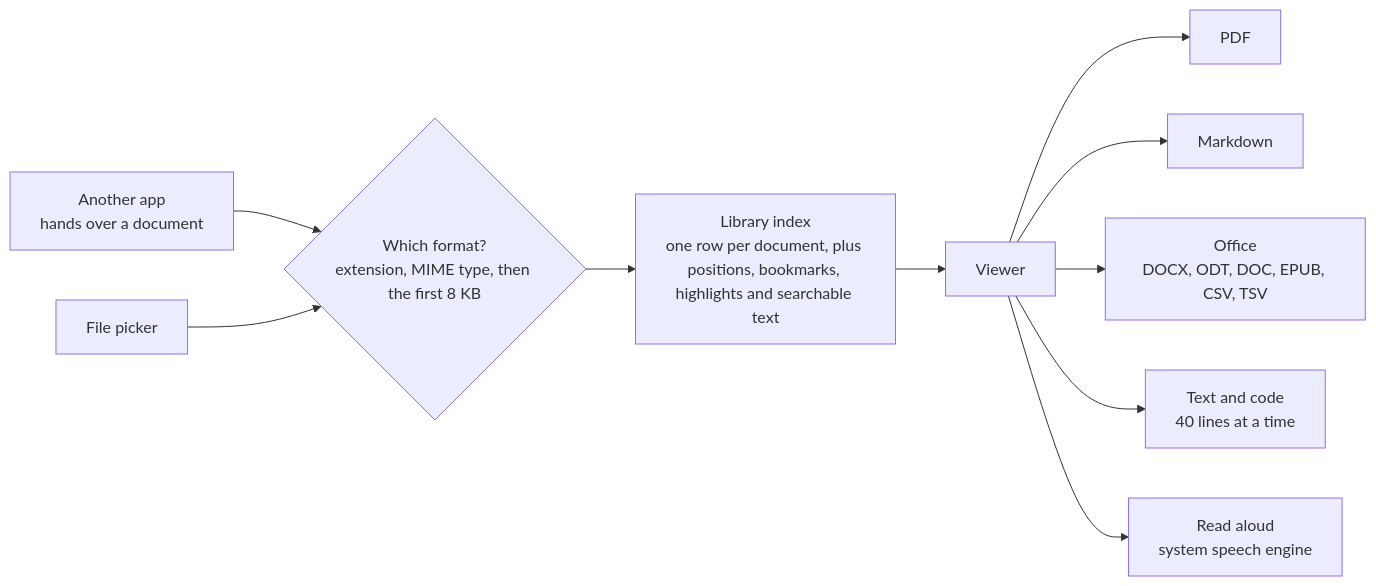
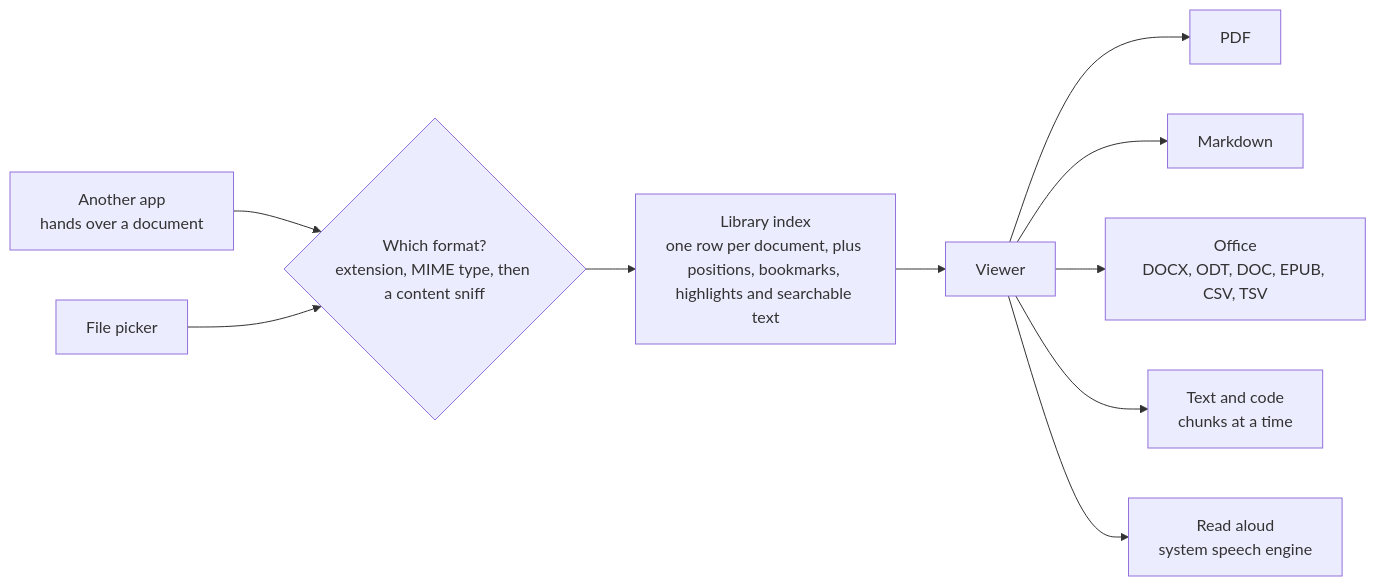
Before and after one commit to Pixelrick420/Papyrus: the first of 2 diagrams in README.md, drawn with Mermaid. The commit also changed other lines of this file and 2 other files, not shown here.

````diff
--- a/README.md
+++ b/README.md
@@ -279,23 +282,23 @@
 ```mermaid
 flowchart LR
   A["Another app<br>hands over a document"]
   B["File picker"]
-  C{"Which format?<br>extension, MIME type, then the first 8 KB"}
+  C{"Which format?<br>extension, MIME type, then a content sniff"}
   D["Library index<br>one row per document, plus positions, bookmarks, highlights and searchable text"]
   E["Viewer"]
   F["PDF"]
   G["Markdown"]
   H["Office<br>DOCX, ODT, DOC, EPUB, CSV, TSV"]
-  I["Text and code<br>40 lines at a time"]
+  I["Text and code<br>chunks at a time"]
   J["Read aloud<br>system speech engine"]
 
   A --> C
   B --> C
   C --> D
   D --> E
   E --> F
   E --> G
   E --> H
   E --> I
   E --> J
 ```
````
